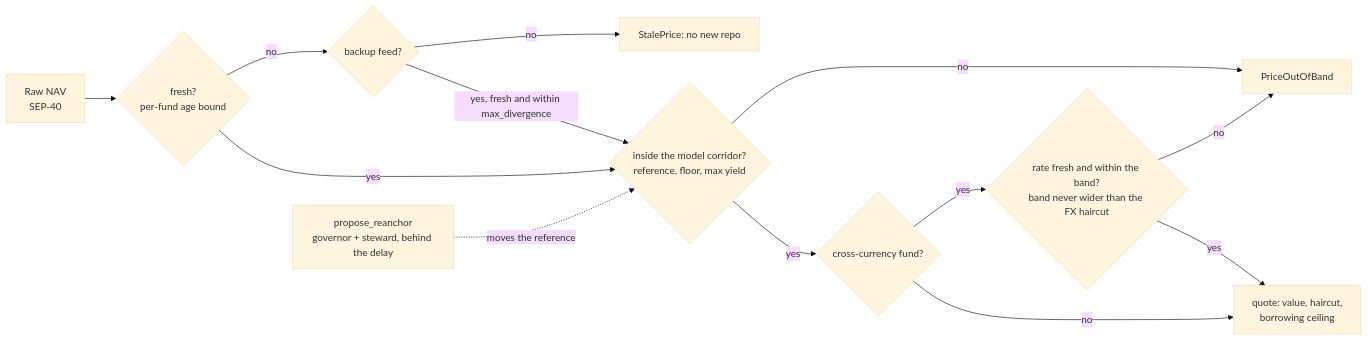
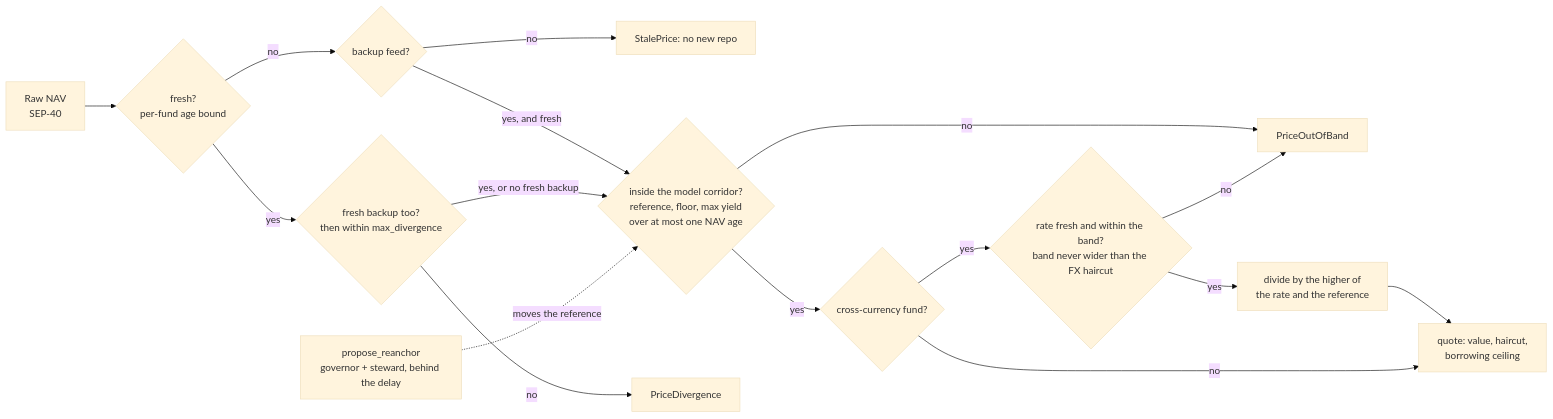
Before and after one commit to EricLtx/hackmeridian-2026: the fifth of 11 diagrams in docs/architecture.md, drawn with Mermaid (base theme). The commit also changed other lines of this file, not shown here.

First line of the commit message:
Docs: the architecture map at the rc5 candidate

````diff
--- a/docs/architecture.md
+++ b/docs/architecture.md
@@ -152,15 +152,18 @@
 ```mermaid
 flowchart LR
   N[Raw NAV<br/>SEP-40] --> F1{fresh?<br/>per-fund age bound}
   F1 -- no --> BKq{backup feed?}
   BKq -- no --> E1[StalePrice: no new repo]
-  BKq -- yes, fresh and within max_divergence --> C
-  F1 -- yes --> C{inside the model corridor?<br/>reference, floor, max yield}
+  BKq -- yes, and fresh --> C
+  F1 -- yes --> AG{fresh backup too?<br/>then within max_divergence}
+  AG -- no --> E3[PriceDivergence]
+  AG -- yes, or no fresh backup --> C{inside the model corridor?<br/>reference, floor, max yield<br/>over at most one NAV age}
   C -- no --> E2[PriceOutOfBand]
   C -- yes --> X{cross-currency fund?}
   X -- yes --> FXc{rate fresh and within the band?<br/>band never wider than the FX haircut}
   FXc -- no --> E2
-  FXc -- yes --> Q
+  FXc -- yes --> FXd[divide by the higher of<br/>the rate and the reference]
+  FXd --> Q
   X -- no --> Q[quote: value, haircut,<br/>borrowing ceiling]
   RA[propose_reanchor<br/>governor + steward, behind the delay] -. moves the reference .-> C
 ```
````
